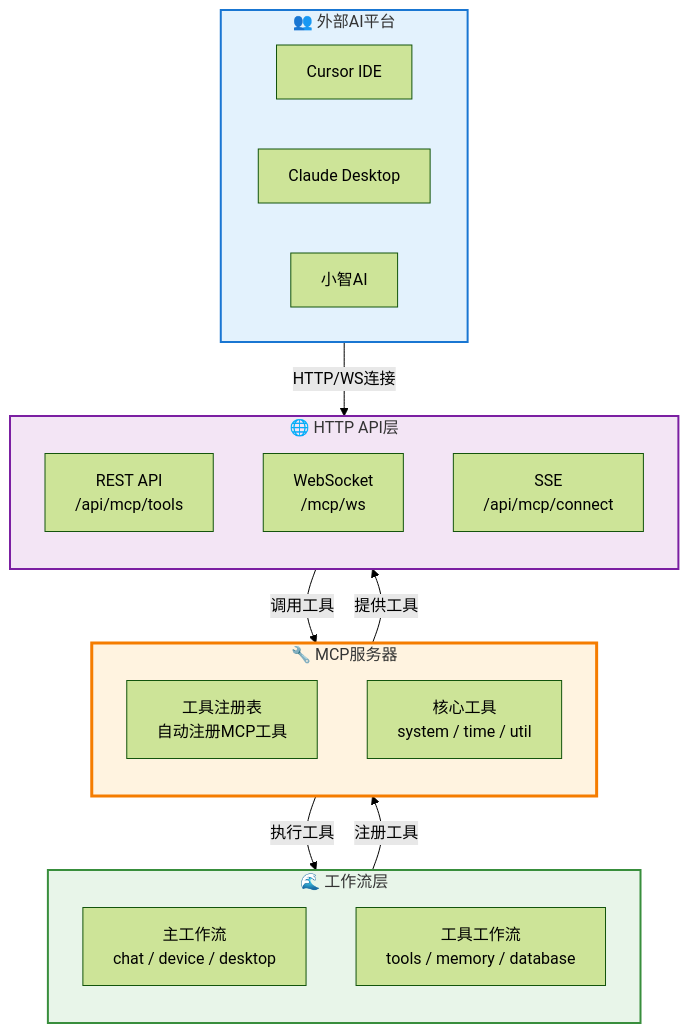
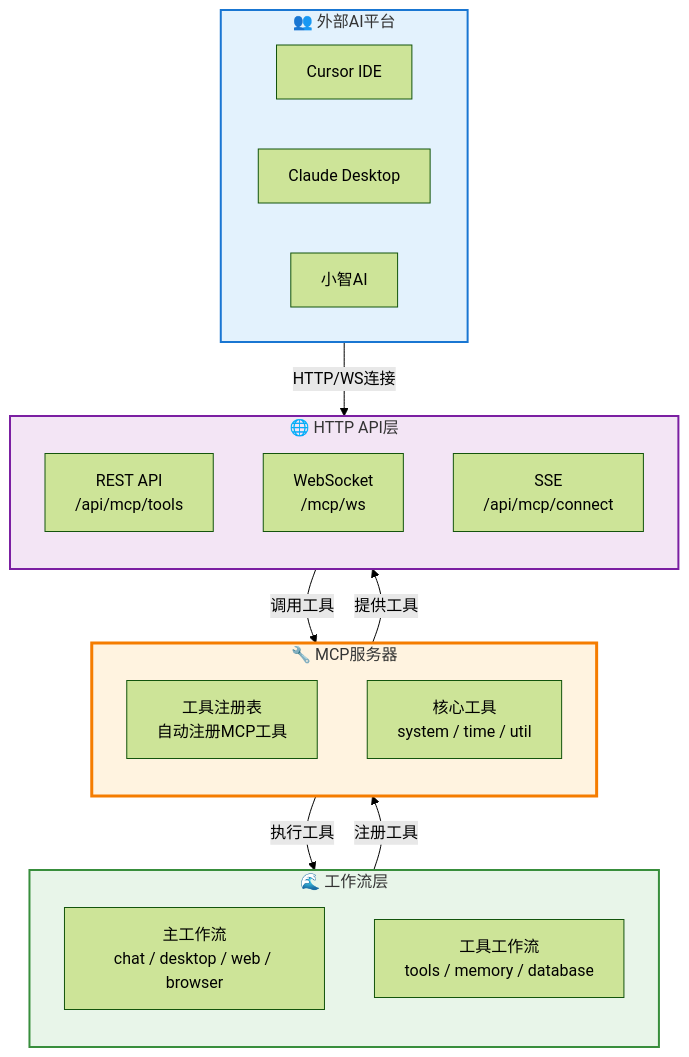
Before and after one commit to sunflowermm/XRK-AGT: the diagram in docs/mcp-guide.md, drawn with Mermaid (forest theme). The commit also changed other lines of this file and 18 other files, not shown here.

````diff
--- a/docs/mcp-guide.md
+++ b/docs/mcp-guide.md
@@ -34,38 +34,38 @@
 ```mermaid
 flowchart TB
     subgraph External["👥 外部AI平台"]
         Cursor["Cursor IDE"]
         Claude["Claude Desktop"]
         XiaoZhi["小智AI"]
     end
 
     subgraph Streams["🌊 工作流层"]
         direction TB
-        MainStreams["主工作流<br/>chat / device / desktop"]
+        MainStreams["主工作流<br/>chat / desktop / web / browser"]
         ToolStreams["工具工作流<br/>tools / memory / database"]
     end
 
     subgraph MCPServer["🔧 MCP服务器"]
         direction TB
         ToolRegistry["工具注册表<br/>自动注册MCP工具"]
         CoreTools["核心工具<br/>system / time / util"]
     end
 
     subgraph HTTPAPI["🌐 HTTP API层"]
         direction TB
         REST["REST API<br/>/api/mcp/tools"]
         WS["WebSocket<br/>/mcp/ws"]
         SSE["SSE<br/>/api/mcp/connect"]
     end
 
     External -->|HTTP/WS连接| HTTPAPI
     Streams -->|注册工具| MCPServer
     MCPServer -->|提供工具| HTTPAPI
     HTTPAPI -->|调用工具| MCPServer
     MCPServer -->|执行工具| Streams
     
     style External fill:#E3F2FD,stroke:#1976D2,stroke-width:2px
     style Streams fill:#E8F5E9,stroke:#388E3C,stroke-width:2px
     style MCPServer fill:#FFF3E0,stroke:#F57C00,stroke-width:3px
     style HTTPAPI fill:#F3E5F5,stroke:#7B1FA2,stroke-width:2px
 ```
````
